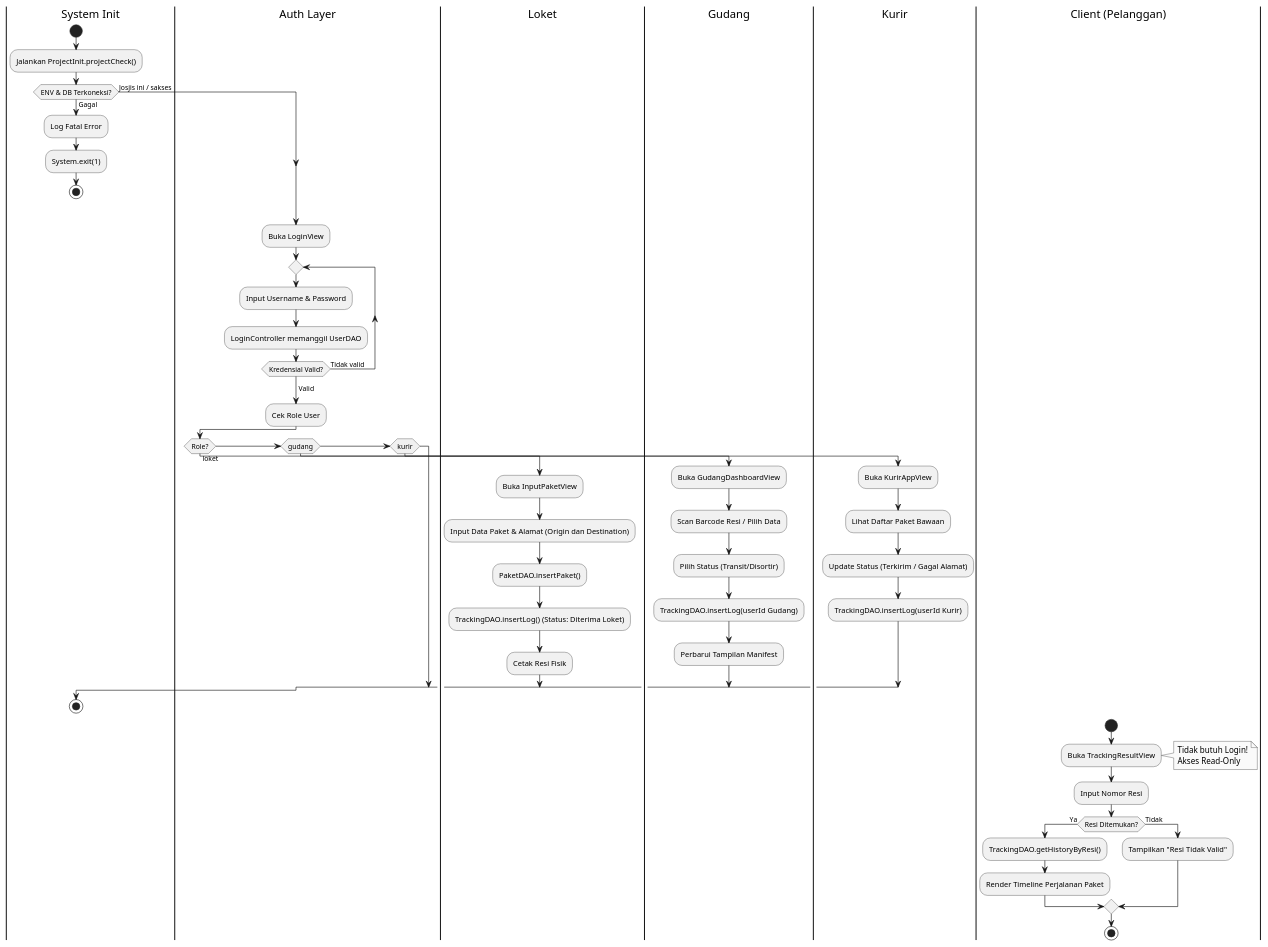
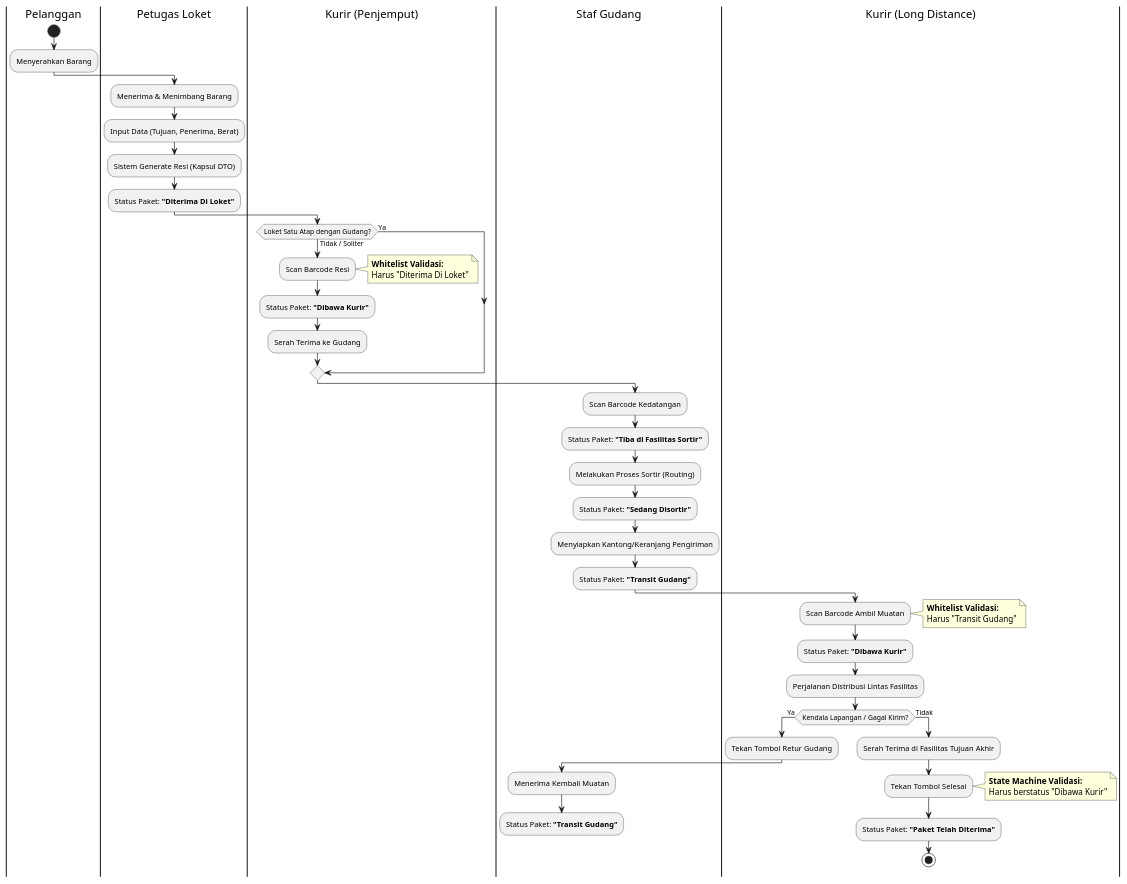
Before and after one commit to Orions29/EkspedisiMasGiant: the diagram in docs/diagrams/FlowDiag.puml, drawn with PlantUML. The commit also changed 53 other files, not shown here.

```diff
--- a/docs/diagrams/FlowDiag.puml
+++ b/docs/diagrams/FlowDiag.puml
@@ -1,71 +1,51 @@
 @startuml
-skinparam monochrome true
-skinparam shadowing false
-skinparam defaultFontName Arial
 
-|System Init|
+|Pelanggan|
 start
-:Jalankan ProjectInit.projectCheck();
-if (ENV & DB Terkoneksi?) then (Gagal)
-  :Log Fatal Error;
-  :System.exit(1);
-  stop
-else (Josjis ini / sakses)
+:Menyerahkan Barang;
+
+|Petugas Loket|
+:Menerima & Menimbang Barang;
+:Input Data (Tujuan, Penerima, Berat);
+:Sistem Generate Resi (Kapsul DTO);
+:Status Paket: **"Diterima Di Loket"**;
+
+|Kurir (Penjemput)|
+if (Loket Satu Atap dengan Gudang?) then (Tidak / Soliter)
+  :Scan Barcode Resi;
+  note right: **Whitelist Validasi:**\nHarus "Diterima Di Loket"
+  :Status Paket: **"Dibawa Kurir"**;
+  :Serah Terima ke Gudang;
+else (Ya)
 endif
 
-|Auth Layer|
-:Buka LoginView;
-repeat
-  :Input Username & Password;
-  :LoginController memanggil UserDAO;
-repeat while (Kredensial Valid?) is (Tidak valid)
--> Valid;
+|Staf Gudang|
+:Scan Barcode Kedatangan;
+:Status Paket: **"Tiba di Fasilitas Sortir"**;
+:Melakukan Proses Sortir (Routing);
+:Status Paket: **"Sedang Disortir"**;
+:Menyiapkan Kantong/Keranjang Pengiriman;
+:Status Paket: **"Transit Gudang"**;
 
-:Cek Role User;
-if (Role?) then (loket)
+|Kurir (Long Distance)|
+:Scan Barcode Ambil Muatan;
+note right: **Whitelist Validasi:**\nHarus "Transit Gudang"
+:Status Paket: **"Dibawa Kurir"**;
+:Perjalanan Distribusi Lintas Fasilitas;
 
-  |Loket|
-  :Buka InputPaketView;
-  :Input Data Paket & Alamat (Origin dan Destination);
-  :PaketDAO.insertPaket();
-  :TrackingDAO.insertLog() (Status: Diterima Loket);
-  :Cetak Resi Fisik;
-
-else if (gudang)
-
-  |Gudang|
-  :Buka GudangDashboardView;
-  :Scan Barcode Resi / Pilih Data;
-  :Pilih Status (Transit/Disortir);
-  :TrackingDAO.insertLog(userId Gudang);
-  :Perbarui Tampilan Manifest;
-
-else if (kurir)
-
-  |Kurir|
-  :Buka KurirAppView;
-  :Lihat Daftar Paket Bawaan;
-  :Update Status (Terkirim / Gagal Alamat);
-  :TrackingDAO.insertLog(userId Kurir);
-
+if (Kendala Lapangan / Gagal Kirim?) then (Ya)
+  :Tekan Tombol Retur Gudang;
+  |Staf Gudang|
+  :Menerima Kembali Muatan;
+  :Status Paket: **"Transit Gudang"**;
+  detach
+else (Tidak)
+  |Kurir (Long Distance)|
+  :Serah Terima di Fasilitas Tujuan Akhir;
+  :Tekan Tombol Selesai;
+  note right: **State Machine Validasi:**\nHarus berstatus "Dibawa Kurir"
+  :Status Paket: **"Paket Telah Diterima"**;
+  stop
 endif
 
-|System Init|
-stop
-
-' --- ALUR TERPISAH UNTUK CLIENT ---
-
-|Client (Pelanggan)|
-start
-:Buka TrackingResultView;
-note right: Tidak butuh Login!\nAkses Read-Only
-:Input Nomor Resi;
-if (Resi Ditemukan?) then (Ya)
-  :TrackingDAO.getHistoryByResi();
-  :Render Timeline Perjalanan Paket;
-else (Tidak)
-  :Tampilkan "Resi Tidak Valid";
-endif
-stop
-
 @enduml
```
